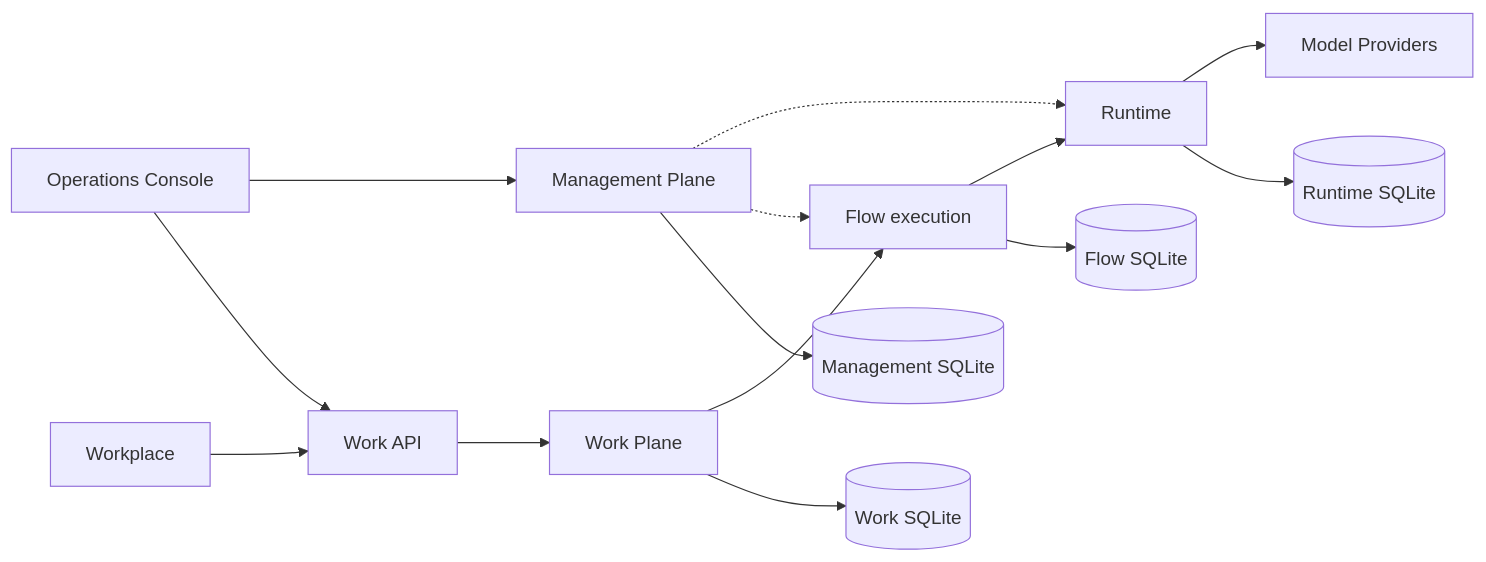
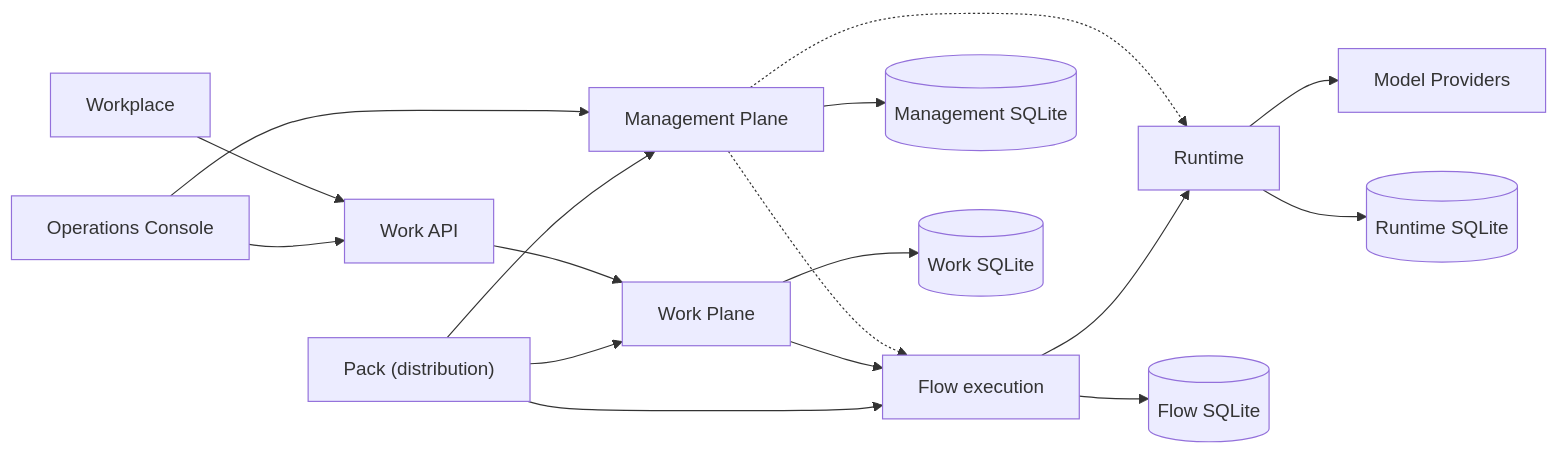
Before and after one commit to gbaudrit/agentstration: the diagram in docs/architecture/overview.md, drawn with Mermaid. The commit also changed other lines of this file and 42 other files, not shown here.

````diff
--- a/docs/architecture/overview.md
+++ b/docs/architecture/overview.md
@@ -5,16 +5,19 @@
 ```mermaid
 flowchart LR
+    Pack["Pack (distribution)"] --> Management
+    Pack --> Flow
+    Pack --> Work
     Console[Operations Console] --> Management[Management Plane]
     Console --> WorkAPI[Work API]
     Workplace[Workplace] --> WorkAPI
     WorkAPI --> Work[Work Plane]
     Work --> Flow[Flow execution]
     Flow --> Runtime[Runtime]
     Runtime --> Providers[Model Providers]
     Management -.-> Runtime
     Management -.-> Flow
     Management --> MgmtDb[(Management SQLite)]
     Work --> WorkDb[(Work SQLite)]
     Flow --> FlowDb[(Flow SQLite)]
     Runtime --> RuntimeDb[(Runtime SQLite)]
 ```
````
